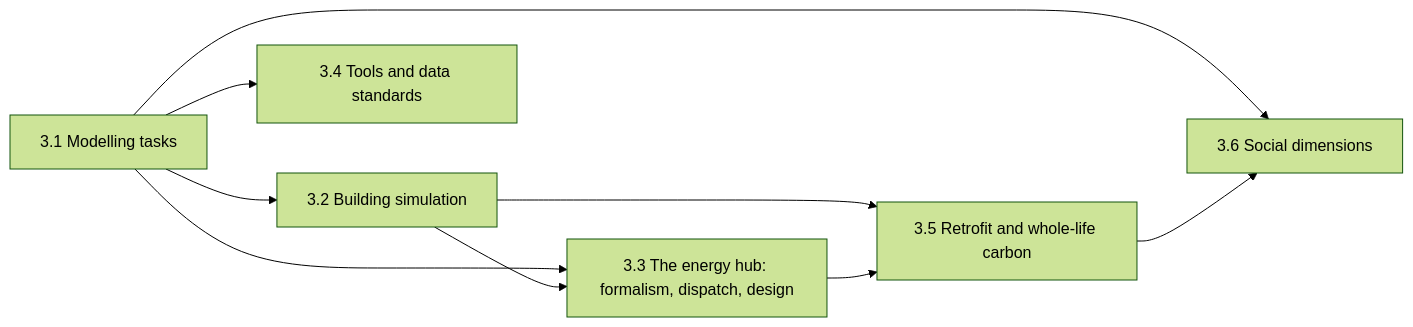
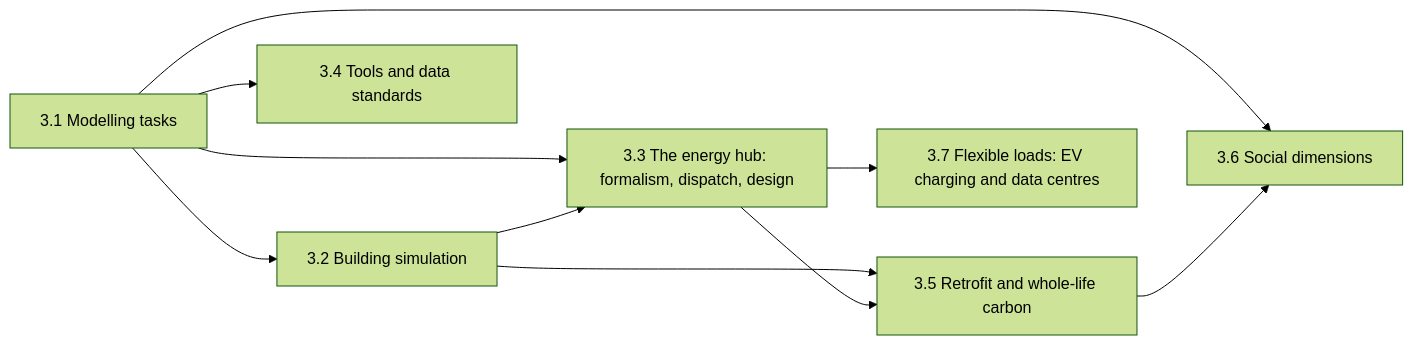
Before and after one commit to BartonChenTW/FM4UES: the diagram in chapter-3-sim-opt/index.md, drawn with Mermaid (forest theme). The commit also changed other lines of this file and 24 other files, not shown here.

First line of the commit message:
v3.1: grid FMs updated; new 3.7 Flexible loads; task T12; gap G10

````diff
--- a/chapter-3-sim-opt/index.md
+++ b/chapter-3-sim-opt/index.md
@@ -17,11 +17,12 @@
 ```mermaid
 flowchart LR
     A["3.1 Modelling tasks"] --> B["3.2 Building simulation"]
     A --> C["3.3 The energy hub: formalism, dispatch, design"]
     B --> C
     A --> D["3.4 Tools and data standards"]
     B --> E["3.5 Retrofit and whole-life carbon"]
     C --> E
     A --> F["3.6 Social dimensions"]
     E --> F
+    C --> G["3.7 Flexible loads: EV charging and data centres"]
 ```
````
